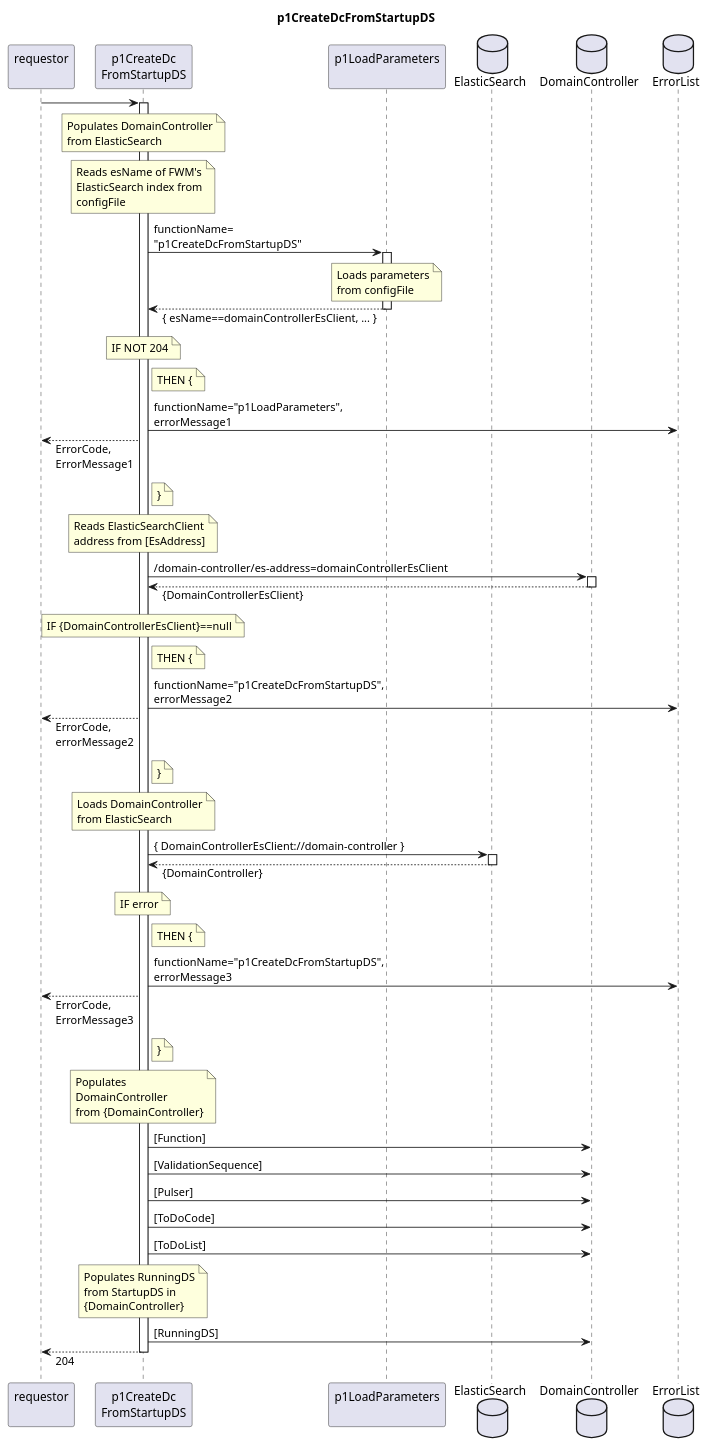
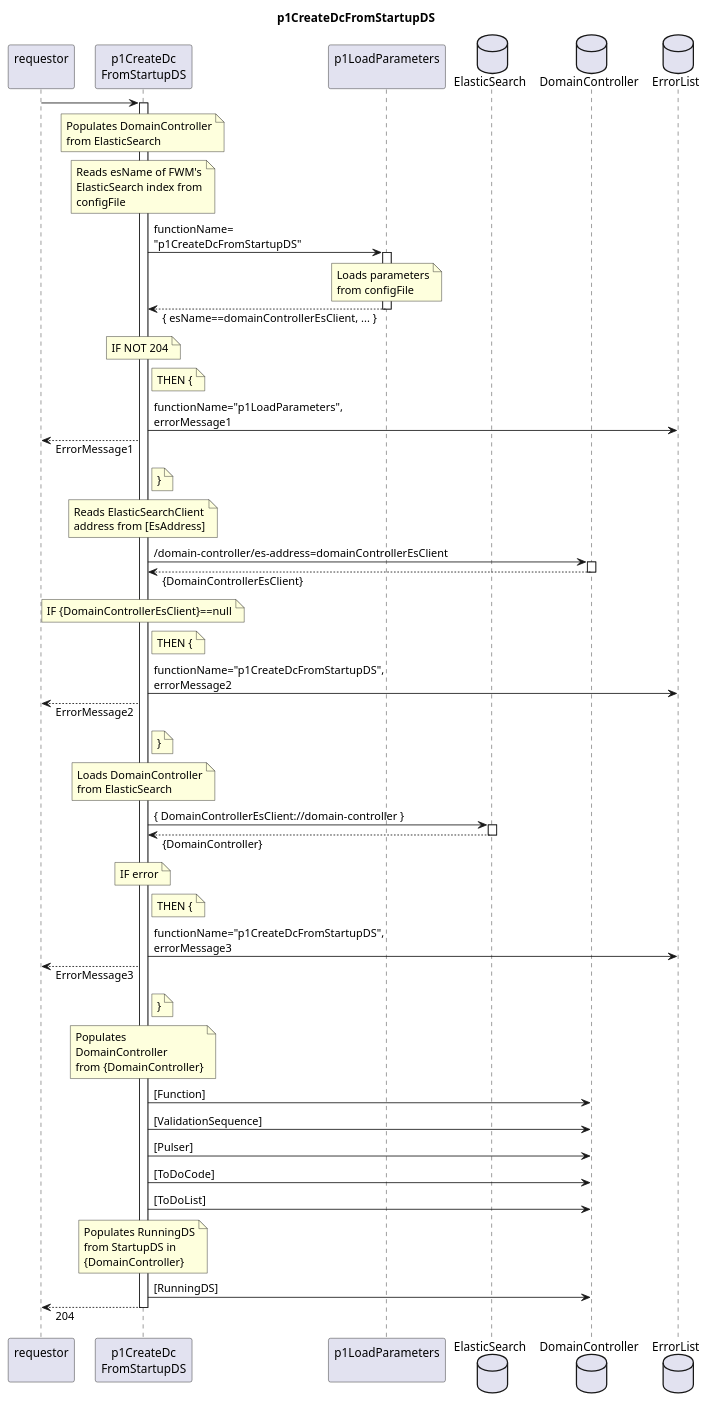
Before and after one commit to openBackhaul/FirmWareManager: the diagram in spec/Functions/Administrative/p1CreateDcFromStartupDS/1.0.0/p1CreateDcFromStartupDS.plantuml, drawn with PlantUML. The commit also changed 51 other files, not shown here.

Commit message:
Remove ErrorCode from all functions

```diff
--- a/spec/Functions/Administrative/p1CreateDcFromStartupDS/1.0.0/p1CreateDcFromStartupDS.plantuml
+++ b/spec/Functions/Administrative/p1CreateDcFromStartupDS/1.0.0/p1CreateDcFromStartupDS.plantuml
@@ -1,109 +1,109 @@
 @startuml p1CreateDcFromStartupDS
 skinparam responseMessageBelowArrow true
 
 title
   p1CreateDcFromStartupDS
 end title
 
 participant "requestor\n" as requestor
 participant "p1CreateDc\nFromStartupDS" as p1CDCFS
 participant "p1LoadParameters\n" as p1LP
 
 database "ElasticSearch" as StartDS
 database "DomainController" as DC
 database "ErrorList" as hEL
 
 requestor -> p1CDCFS
 activate p1CDCFS
   note over p1CDCFS
     Populates DomainController
     from ElasticSearch
   end note
 
   note over p1CDCFS
     Reads esName of FWM's
     ElasticSearch index from
     configFile
   end note
   p1CDCFS -> p1LP: functionName=\n"p1CreateDcFromStartupDS"
   activate p1LP
     note over p1LP
       Loads parameters
       from configFile
     end note
-  p1CDCFS <-- p1LP : { esName==domainControllerEsClient, ... }
+  p1CDCFS <-- p1LP: { esName==domainControllerEsClient, ... }
   deactivate p1LP
   note over p1CDCFS
     IF NOT 204
   end note
   note right p1CDCFS
     THEN {
   end note
   p1CDCFS -> hEL: functionName="p1LoadParameters",\nerrorMessage1
-  requestor <-- p1CDCFS: ErrorCode,\nErrorMessage1
+  requestor <-- p1CDCFS: ErrorMessage1
   note right p1CDCFS
     }
   end note
 
   note over p1CDCFS
     Reads ElasticSearchClient
     address from [EsAddress]
   end note
   p1CDCFS -> DC: /domain-controller/es-address=domainControllerEsClient
   activate DC
   p1CDCFS <-- DC: {DomainControllerEsClient}
   deactivate DC
   note over p1CDCFS
     IF {DomainControllerEsClient}==null
   end note
   note right p1CDCFS
     THEN {
   end note
   p1CDCFS -> hEL: functionName="p1CreateDcFromStartupDS",\nerrorMessage2
-  requestor <-- p1CDCFS: ErrorCode,\nerrorMessage2
+  requestor <-- p1CDCFS: ErrorMessage2
   note right p1CDCFS
     }
   end note
 
   note over p1CDCFS
     Loads DomainController
     from ElasticSearch
   end note
   p1CDCFS -> StartDS: { DomainControllerEsClient://domain-controller }
   activate StartDS
   p1CDCFS <-- StartDS: {DomainController}
   deactivate StartDS
   note over p1CDCFS
     IF error
   end note
   note right p1CDCFS
     THEN {
   end note
   p1CDCFS -> hEL: functionName="p1CreateDcFromStartupDS",\nerrorMessage3
-  requestor <-- p1CDCFS: ErrorCode,\nErrorMessage3
+  requestor <-- p1CDCFS: ErrorMessage3
   note right p1CDCFS
     }
   end note
 
   note over p1CDCFS
     Populates
     DomainController
     from {DomainController}
   end note
   p1CDCFS -> DC: [Function]
   p1CDCFS -> DC: [ValidationSequence]
   p1CDCFS -> DC: [Pulser]
   p1CDCFS -> DC: [ToDoCode]
   p1CDCFS -> DC: [ToDoList]
 
   note over p1CDCFS
     Populates RunningDS
     from StartupDS in
     {DomainController}
   end note
   p1CDCFS -> DC: [RunningDS]
 
 requestor <-- p1CDCFS: 204
 deactivate p1CDCFS
 
 @enduml
```
